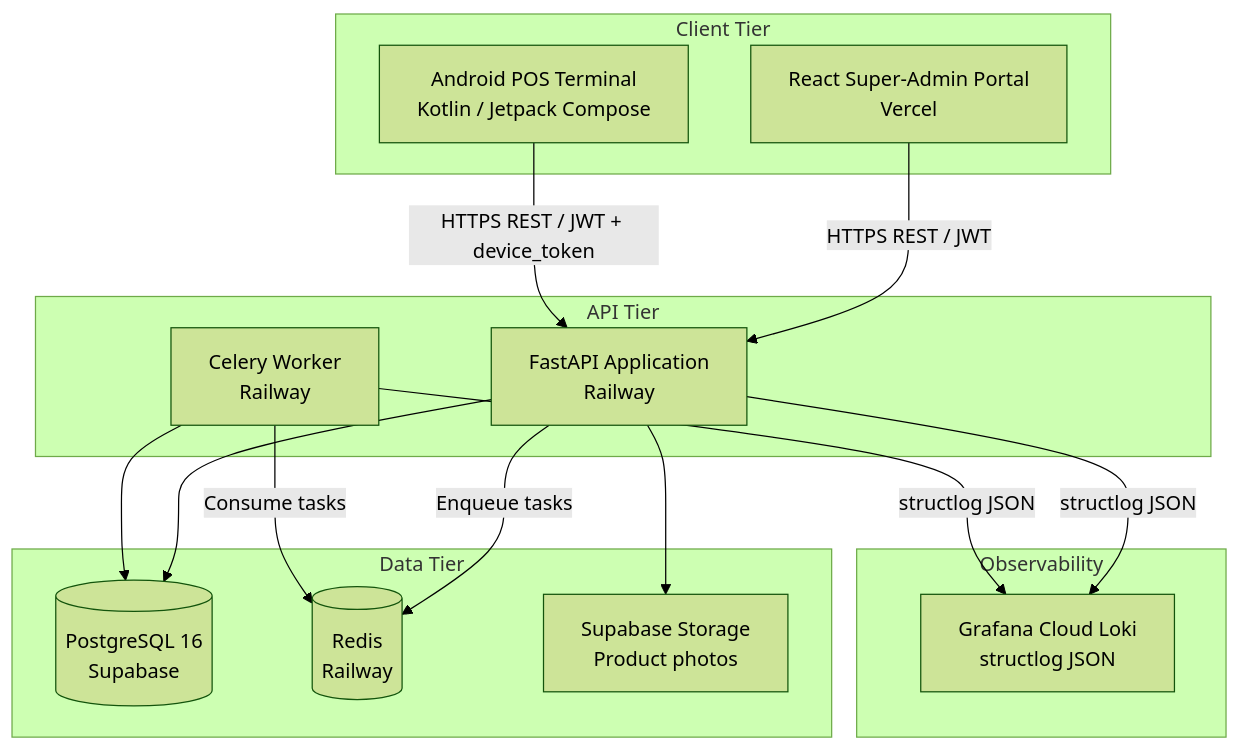
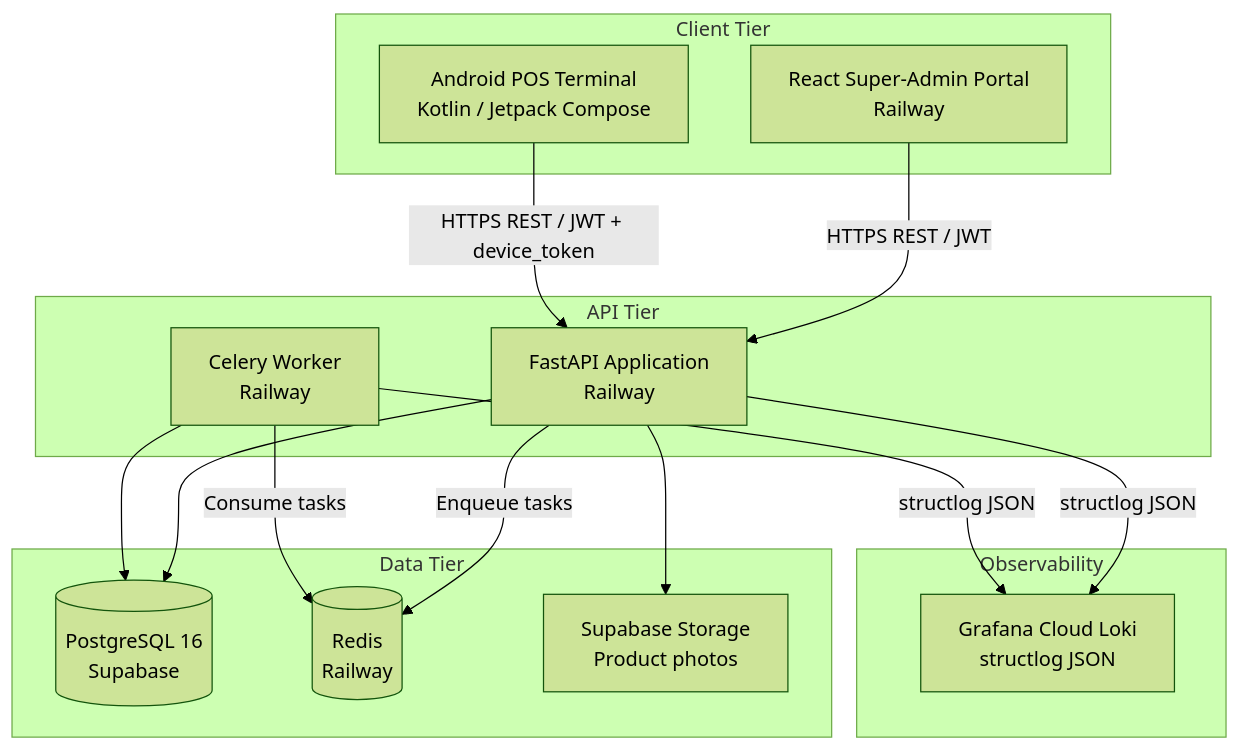
Before and after one commit to haydendavies-jpg/ZedRead: the first of 5 diagrams in ARCHITECTURE.md, drawn with Mermaid (forest theme). The commit also changed other lines of this file and 2 other files, not shown here.

First line of the commit message:
docs: correct portal hosting — Railway not Vercel

````diff
--- a/ARCHITECTURE.md
+++ b/ARCHITECTURE.md
@@ -19,32 +19,32 @@
 ```mermaid
 graph TD
     subgraph "Client Tier"
-        A[React Super-Admin Portal<br/>Vercel]
+        A[React Super-Admin Portal<br/>Railway]
         B[Android POS Terminal<br/>Kotlin / Jetpack Compose]
     end
 
     subgraph "API Tier"
         C[FastAPI Application<br/>Railway]
         D[Celery Worker<br/>Railway]
     end
 
     subgraph "Data Tier"
         E[(PostgreSQL 16<br/>Supabase)]
         F[(Redis<br/>Railway)]
         G[Supabase Storage<br/>Product photos]
     end
 
     subgraph "Observability"
         H[Grafana Cloud Loki<br/>structlog JSON]
     end
 
     A -->|HTTPS REST / JWT| C
     B -->|HTTPS REST / JWT + device_token| C
     C --> E
     C --> G
     C -->|Enqueue tasks| F
     D -->|Consume tasks| F
     D --> E
     C -->|structlog JSON| H
     D -->|structlog JSON| H
 ```
````
